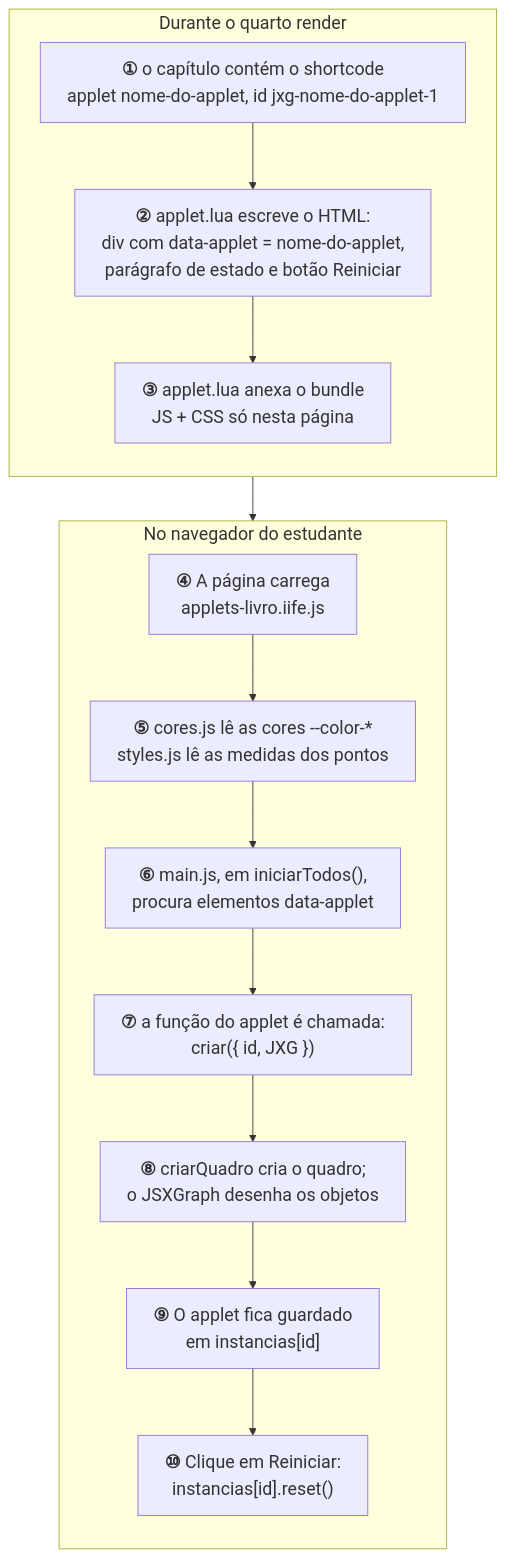
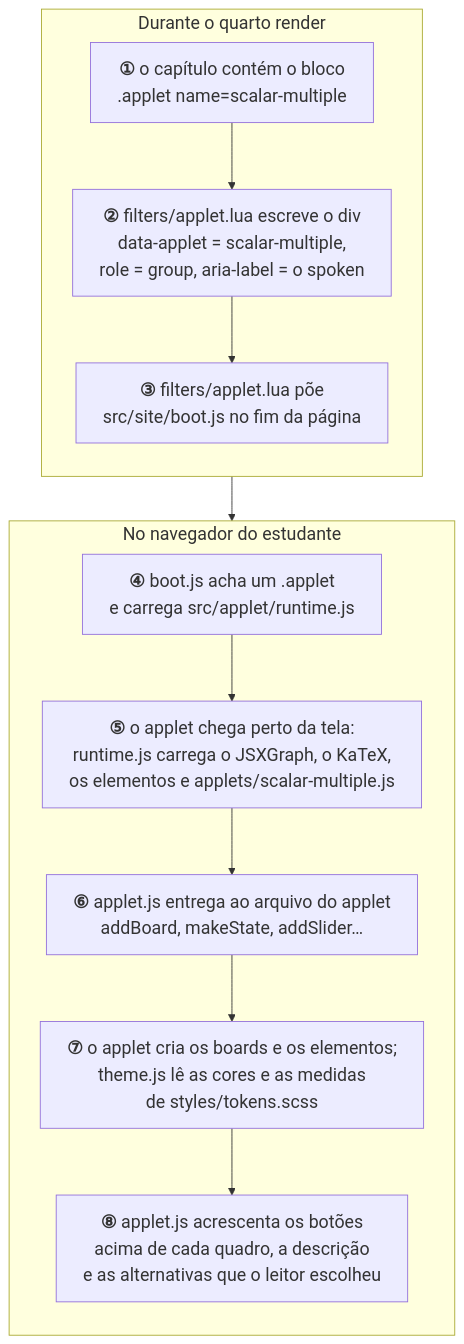
The seventh of 9 diagrams in _interno/diretrizes/arquitetura.md (lcmerlo/livro-online-fcg), drawn with Mermaid before and after one commit. The commit also changed other lines of this file and 9 other files, not shown here.

````diff
--- a/_interno/diretrizes/arquitetura.md
+++ b/_interno/diretrizes/arquitetura.md
@@ -427,25 +405,23 @@
 ```mermaid
 %%{init: {"themeVariables": {"fontSize": "20px"}, "flowchart": {"wrappingWidth": 420}}}%%
 flowchart TD
     subgraph R["Durante o quarto render"]
         direction TB
-        r1["<b>①</b> o capítulo contém o shortcode<br/>applet nome-do-applet, id jxg-nome-do-applet-1"]
-        r2["<b>②</b> applet.lua escreve o HTML:<br/>div com data-applet = nome-do-applet,<br/>parágrafo de estado e botão Reiniciar"]
-        r3["<b>③</b> applet.lua anexa o bundle<br/>JS + CSS só nesta página"]
+        r1["<b>①</b> o capítulo contém o bloco<br/>.applet name=scalar-multiple"]
+        r2["<b>②</b> filters/applet.lua escreve o div<br/>data-applet = scalar-multiple,<br/>role = group, aria-label = o spoken"]
+        r3["<b>③</b> filters/applet.lua põe<br/>src/site/boot.js no fim da página"]
         r1 --> r2 --> r3
     end
 
     subgraph N["No navegador do estudante"]
         direction TB
-        n1["<b>④</b> A página carrega<br/>applets-livro.iife.js"]
-        n2["<b>⑤</b> cores.js lê as cores --color-*<br/>styles.js lê as medidas dos pontos"]
-        n3["<b>⑥</b> main.js, em iniciarTodos(),<br/>procura elementos data-applet"]
-        n4["<b>⑦</b> a função do applet é chamada:<br/>criar<Nome>({ id, JXG })"]
-        n5["<b>⑧</b> criarQuadro cria o quadro;<br/>o JSXGraph desenha os objetos"]
-        n6["<b>⑨</b> O applet fica guardado<br/>em instancias[id]"]
-        n7["<b>⑩</b> Clique em Reiniciar:<br/>instancias[id].reset()"]
-        n1 --> n2 --> n3 --> n4 --> n5 --> n6 --> n7
+        n1["<b>④</b> boot.js acha um .applet<br/>e carrega src/applet/runtime.js"]
+        n2["<b>⑤</b> o applet chega perto da tela:<br/>runtime.js carrega o JSXGraph, o KaTeX,<br/>os elementos e applets/scalar-multiple.js"]
+        n3["<b>⑥</b> applet.js entrega ao arquivo do applet<br/>addBoard, makeState, addSlider…"]
+        n4["<b>⑦</b> o applet cria os boards e os elementos;<br/>theme.js lê as cores e as medidas<br/>de styles/tokens.scss"]
+        n5["<b>⑧</b> applet.js acrescenta os botões<br/>acima de cada quadro, a descrição<br/>e as alternativas que o leitor escolheu"]
+        n1 --> n2 --> n3 --> n4 --> n5
     end
 
     R --> N
 ```
````
